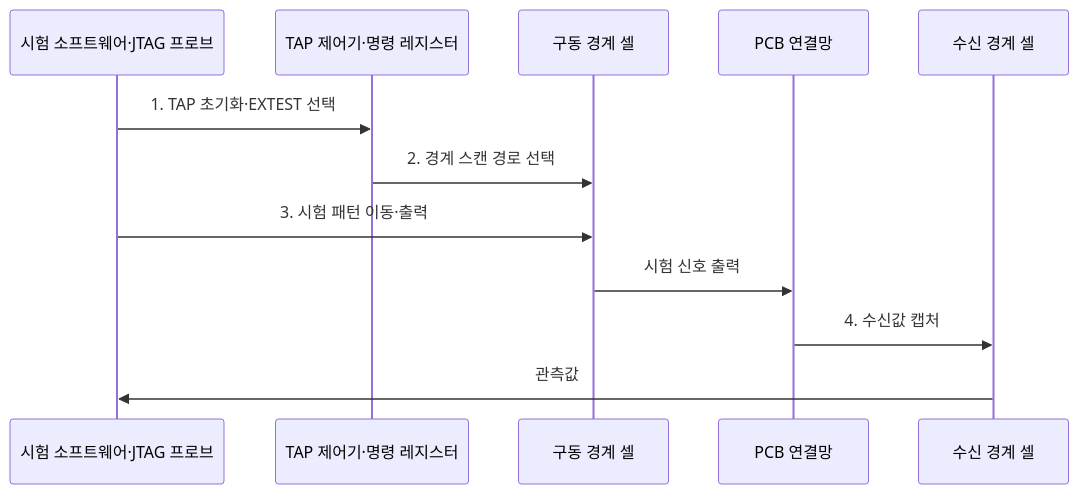
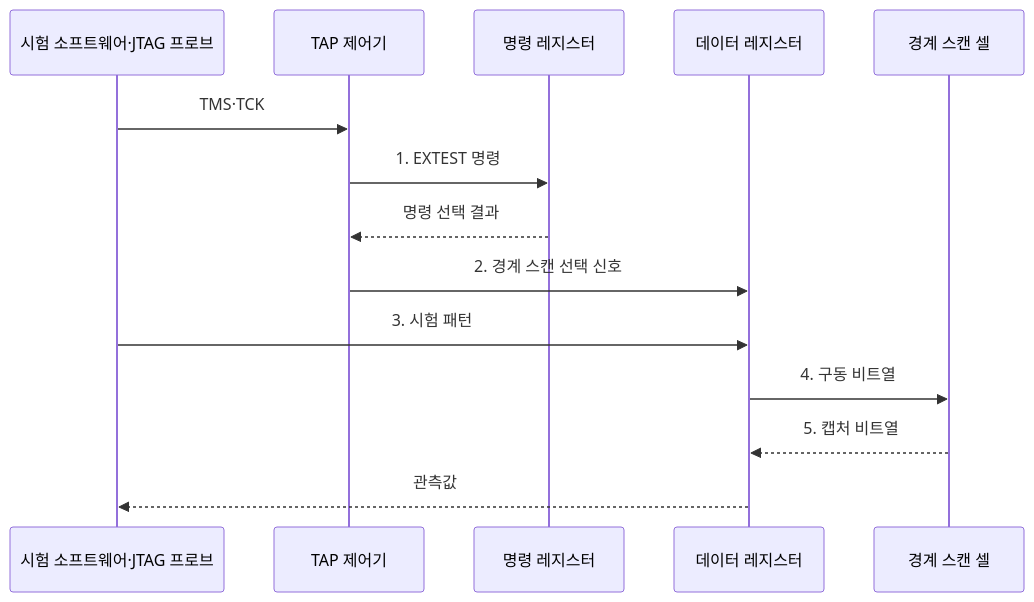
One commit to agnusdei1207/knowledge-base changed the second of 2 diagrams in src/content/docs/notes/02-hardware/065_jtag.md. Above: the diagram before and after it, drawn with Mermaid. The commit also changed other lines of this file and 20 other files, not shown here.

````diff
--- a/src/content/docs/notes/02-hardware/065_jtag.md
+++ b/src/content/docs/notes/02-hardware/065_jtag.md
@@ -83,15 +89,17 @@
 ```mermaid
 sequenceDiagram
     participant H as 시험 소프트웨어·JTAG 프로브
-    participant T as TAP 제어기·명령 레지스터
-    participant B1 as 구동 경계 셀
-    participant N as PCB 연결망
-    participant B2 as 수신 경계 셀
+    participant T as TAP 제어기
+    participant I as 명령 레지스터
+    participant D as 데이터 레지스터
+    participant B as 경계 스캔 셀
 
-    H->>T: 1. TAP 초기화·EXTEST 선택
-    T->>B1: 2. 경계 스캔 경로 선택
-    H->>B1: 3. 시험 패턴 이동·출력
-    B1->>N: 시험 신호 출력
-    N->>B2: 4. 수신값 캡처
-    B2->>H: 관측값
+    H->>T: TMS·TCK
+    T->>I: 1. EXTEST 명령
+    I-->>T: 명령 선택 결과
+    T->>D: 2. 경계 스캔 선택 신호
+    H->>D: 3. 시험 패턴
+    D->>B: 4. 구동 비트열
+    B-->>D: 5. 캡처 비트열
+    D-->>H: 관측값
 ```
````
